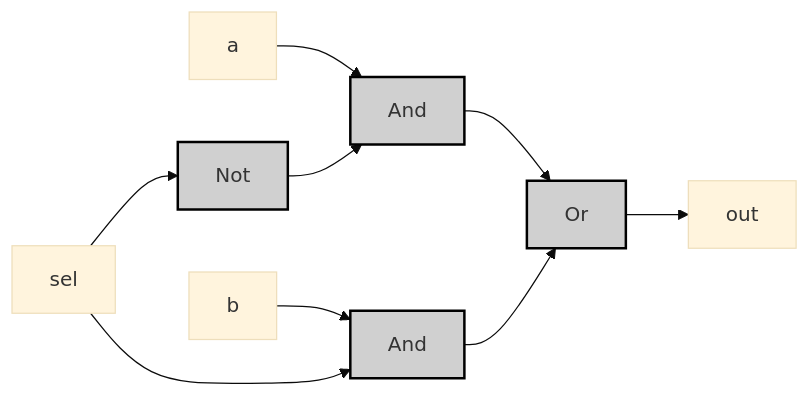
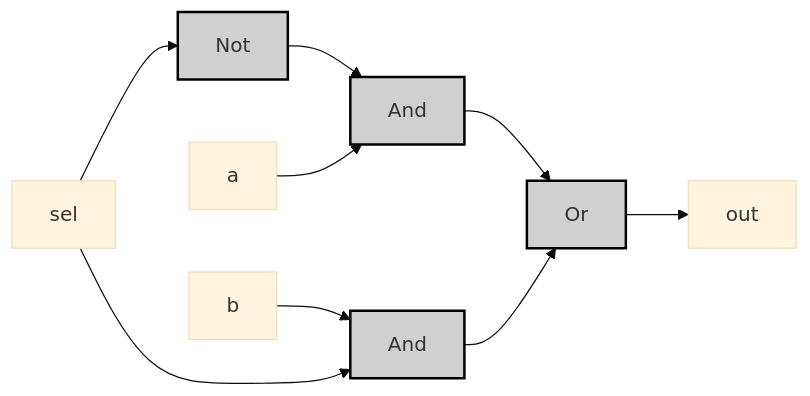
Before and after one commit to MeJamoLeo/Vault_Templates: the first of 2 diagrams in 99_Projects/Nand2Tetris/HackHDL/05_Mux.md, drawn with Mermaid (base theme). The commit also changed other lines of this file, not shown here.

````diff
--- a/99_Projects/Nand2Tetris/HackHDL/05_Mux.md
+++ b/99_Projects/Nand2Tetris/HackHDL/05_Mux.md
@@ -97,13 +97,13 @@
 ```mermaid
 graph LR;
     sel["sel"] --> Not["Not"]:::gate
+    Not --> And1
     a["a"] --> And1["And"]:::gate
-    Not --> And1
+    And1 --> Or["Or"]:::gate
     b["b"] --> And2["And"]:::gate
     sel --> And2
-    And1 --> Or["Or"]:::gate
     And2 --> Or
     Or --> out["out"]
     
     classDef gate fill:#d0d0d0,stroke:#000,stroke-width:2px;
 ```
````
